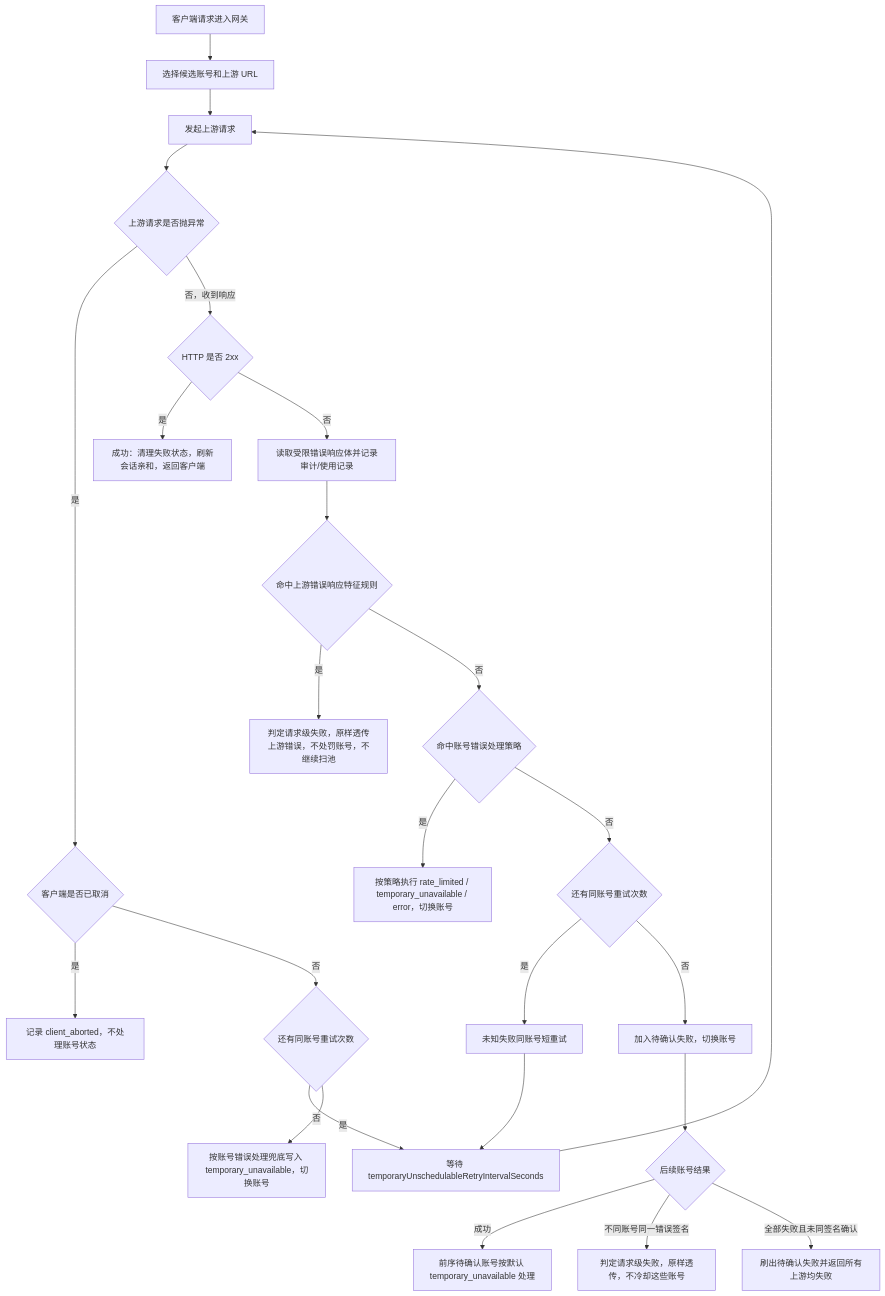
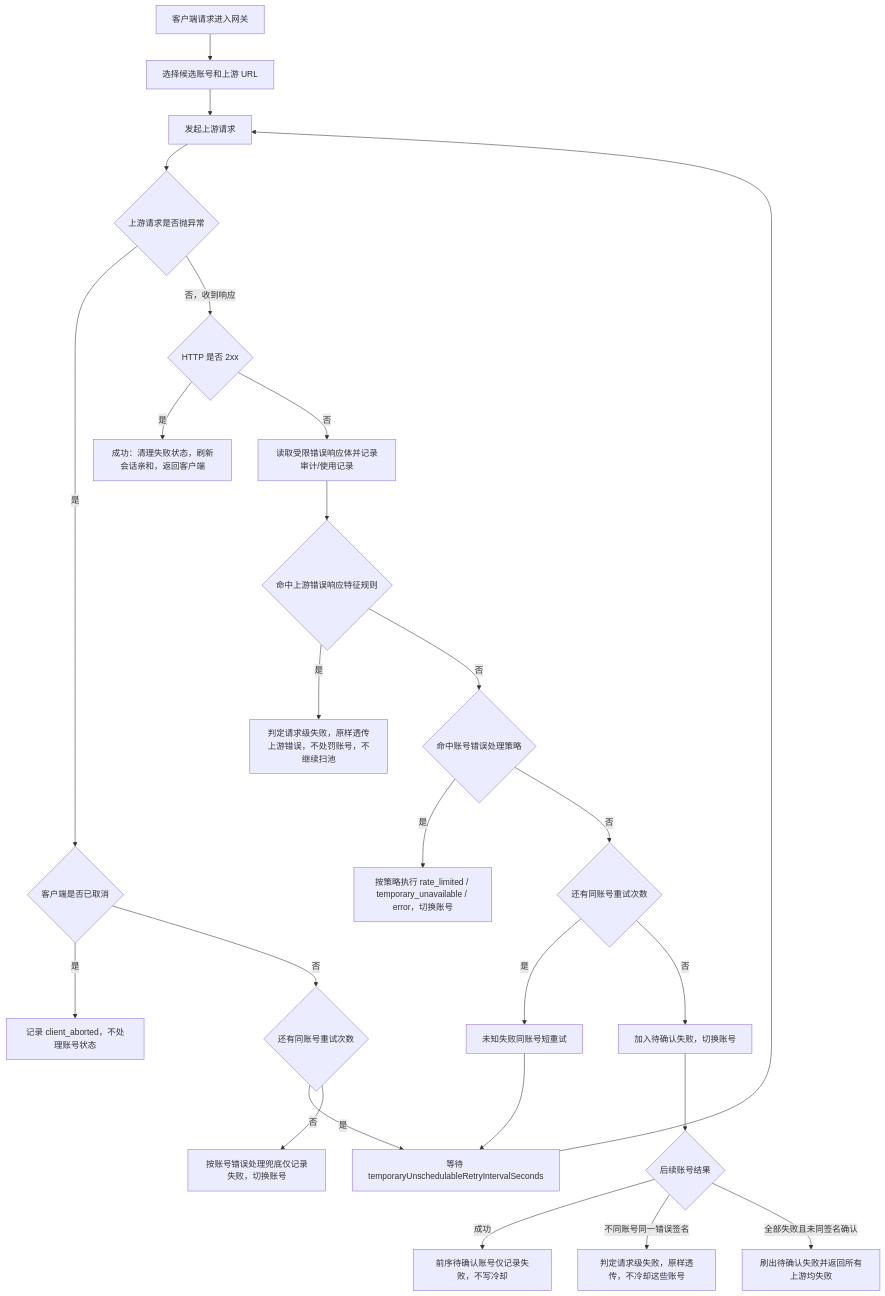
The first of 2 diagrams in docs/functions/网关异常重试与兜底策略.md (huanmin123/juhe-ai), drawn with Mermaid before and after one commit. The commit also changed other lines of this file and 108 other files, not shown here.

````diff
--- a/docs/functions/网关异常重试与兜底策略.md
+++ b/docs/functions/网关异常重试与兜底策略.md
@@ -30,28 +30,28 @@
 ```mermaid
 flowchart TD
   A["客户端请求进入网关"] --> B["选择候选账号和上游 URL"]
   B --> C["发起上游请求"]
   C --> D{"上游请求是否抛异常"}
   D -- "是" --> E{"客户端是否已取消"}
   E -- "是" --> F["记录 client_aborted，不处理账号状态"]
   E -- "否" --> G{"还有同账号重试次数"}
   G -- "是" --> H["等待 temporaryUnschedulableRetryIntervalSeconds"]
   H --> C
-  G -- "否" --> I["按账号错误处理兜底写入 temporary_unavailable，切换账号"]
+  G -- "否" --> I["按账号错误处理兜底仅记录失败，切换账号"]
 
   D -- "否，收到响应" --> J{"HTTP 是否 2xx"}
   J -- "是" --> K["成功：清理失败状态，刷新会话亲和，返回客户端"]
   J -- "否" --> L["读取受限错误响应体并记录审计/使用记录"]
   L --> M{"命中上游错误响应特征规则"}
   M -- "是" --> N["判定请求级失败，原样透传上游错误，不处罚账号，不继续扫池"]
   M -- "否" --> O{"命中账号错误处理策略"}
   O -- "是" --> P["按策略执行 rate_limited / temporary_unavailable / error，切换账号"]
   O -- "否" --> Q{"还有同账号重试次数"}
   Q -- "是" --> R["未知失败同账号短重试"]
   R --> H
   Q -- "否" --> S["加入待确认失败，切换账号"]
   S --> T{"后续账号结果"}
-  T -- "成功" --> U["前序待确认账号按默认 temporary_unavailable 处理"]
+  T -- "成功" --> U["前序待确认账号仅记录失败，不写冷却"]
   T -- "不同账号同一错误签名" --> V["判定请求级失败，原样透传，不冷却这些账号"]
   T -- "全部失败且未同签名确认" --> W["刷出待确认失败并返回所有上游均失败"]
 ```
````
